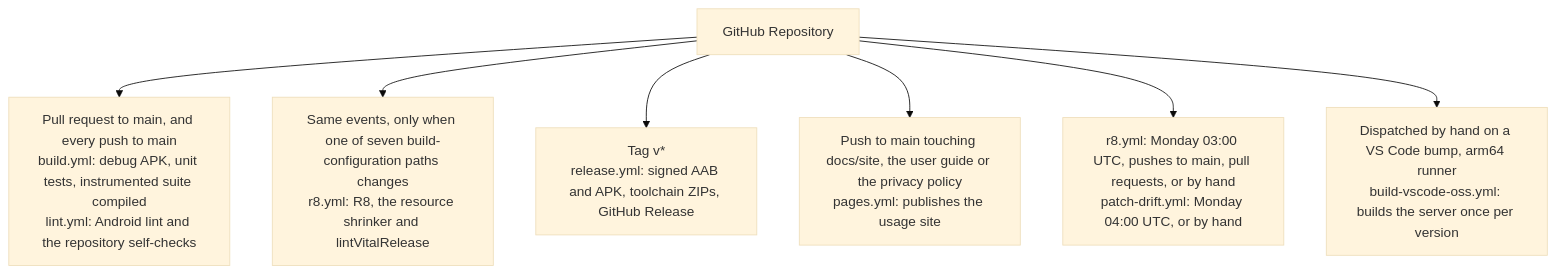
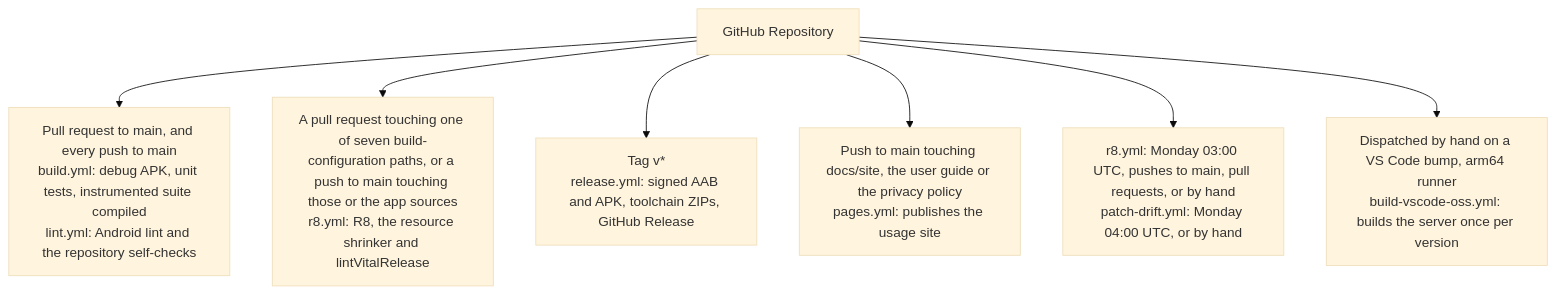
The second of 2 diagrams in docs/10-RELEASE_PLAN.md (cuixinyuan666/vscodroid), drawn with Mermaid (base theme) before and after one commit. The commit also changed other lines of this file and 2 other files, not shown here.

First line of the commit message:
ci(r8): run the shrinker on the code it shrinks, on main

````diff
--- a/docs/10-RELEASE_PLAN.md
+++ b/docs/10-RELEASE_PLAN.md
@@ -47,9 +47,9 @@
 ```mermaid
 flowchart TD
   REPO["GitHub Repository"] --> B1["Pull request to main, and every push to main<br/>build.yml: debug APK, unit tests, instrumented suite compiled<br/>lint.yml: Android lint and the repository self-checks"]
-  REPO --> B2["Same events, only when one of seven build-configuration paths changes<br/>r8.yml: R8, the resource shrinker and lintVitalRelease"]
+  REPO --> B2["A pull request touching one of seven build-configuration paths, or a push to main touching those or the app sources<br/>r8.yml: R8, the resource shrinker and lintVitalRelease"]
   REPO --> B3["Tag v*<br/>release.yml: signed AAB and APK, toolchain ZIPs, GitHub Release"]
   REPO --> B4["Push to main touching docs/site, the user guide or the privacy policy<br/>pages.yml: publishes the usage site"]
   REPO --> B5["r8.yml: Monday 03:00 UTC, pushes to main, pull requests, or by hand<br/>patch-drift.yml: Monday 04:00 UTC, or by hand"]
   REPO --> B6["Dispatched by hand on a VS Code bump, arm64 runner<br/>build-vscode-oss.yml: builds the server once per version"]
 ```
````
